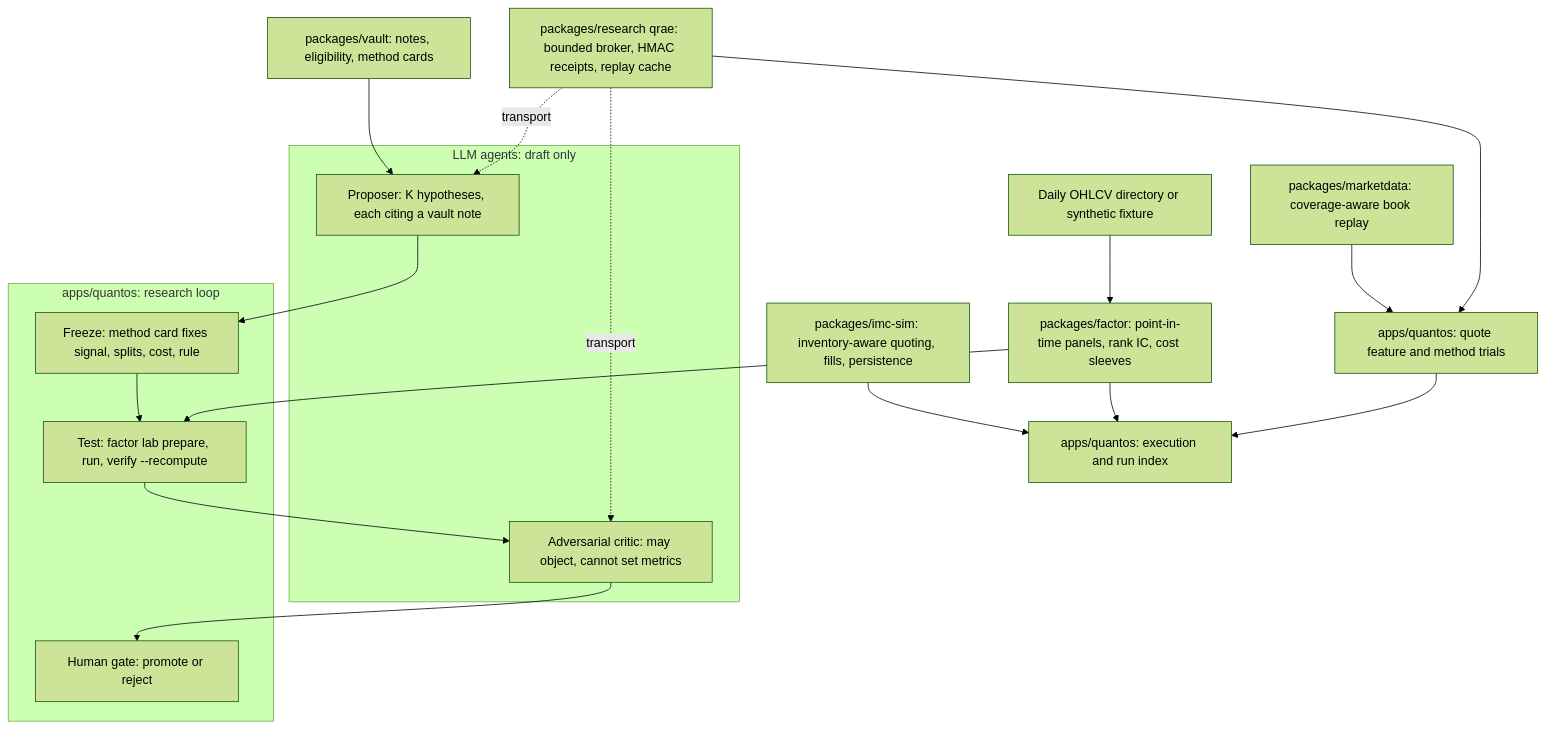
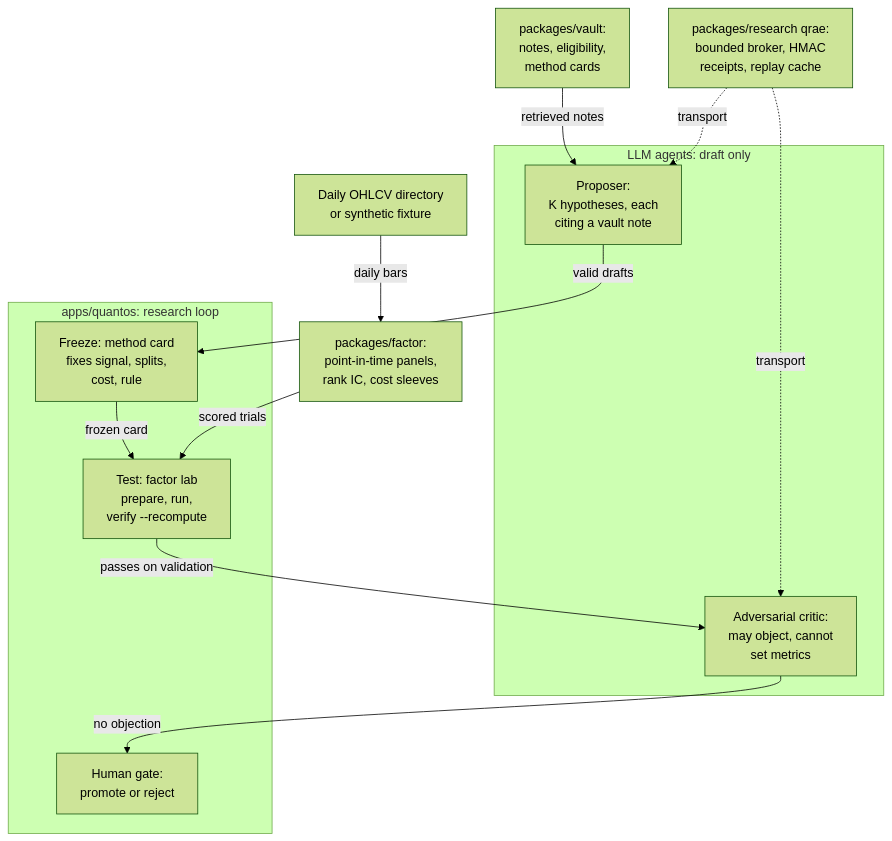
One commit to oscar-chw/agentic-quant-research changed the first of 2 diagrams in docs/architecture.md. Above: the diagram before and after it, drawn with Mermaid (forest theme). The commit also changed other lines of this file and 9 other files, not shown here.

Commit message:
docs: make diagrams legible at README width

````diff
--- a/docs/architecture.md
+++ b/docs/architecture.md
@@ -9,23 +9,21 @@
 ```mermaid
 flowchart TB
   subgraph Agents[LLM agents: draft only]
-    P[Proposer: K hypotheses, each citing a vault note]
-    C[Adversarial critic: may object, cannot set metrics]
+    P[Proposer:<br/>K hypotheses, each<br/>citing a vault note]
+    C[Adversarial critic:<br/>may object, cannot<br/>set metrics]
   end
   subgraph Loop[apps/quantos: research loop]
-    F[Freeze: method card fixes signal, splits, cost, rule]
-    T[Test: factor lab prepare, run, verify --recompute]
-    G[Human gate: promote or reject]
+    F[Freeze: method card<br/>fixes signal, splits,<br/>cost, rule]
+    T[Test: factor lab<br/>prepare, run,<br/>verify --recompute]
+    G[Human gate:<br/>promote or reject]
   end
-  V[packages/vault: notes, eligibility, method cards] --> P
-  P --> F --> T --> C --> G
-  D[packages/factor: point-in-time panels, rank IC, cost sleeves] --> T
-  O[Daily OHLCV directory or synthetic fixture] --> D
-  B[packages/research qrae: bounded broker, HMAC receipts, replay cache] -. transport .-> P
+  V[packages/vault:<br/>notes, eligibility,<br/>method cards] -->|retrieved notes| P
+  P -->|valid drafts| F
+  F -->|frozen card| T
+  T -->|passes on validation| C
+  C -->|no objection| G
+  O[Daily OHLCV directory<br/>or synthetic fixture] -->|daily bars| D[packages/factor:<br/>point-in-time panels,<br/>rank IC, cost sleeves]
+  D -->|scored trials| T
+  B[packages/research qrae:<br/>bounded broker, HMAC<br/>receipts, replay cache] -. transport .-> P
   B -. transport .-> C
-  M[packages/marketdata: coverage-aware book replay] --> Q[apps/quantos: quote feature and method trials]
-  B --> Q
-  I[packages/imc-sim: inventory-aware quoting, fills, persistence] --> X[apps/quantos: execution and run index]
-  D --> X
-  Q --> X
 ```
````
